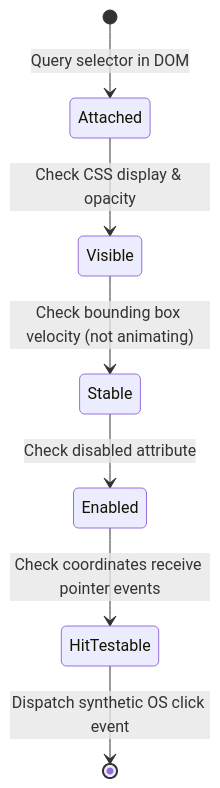
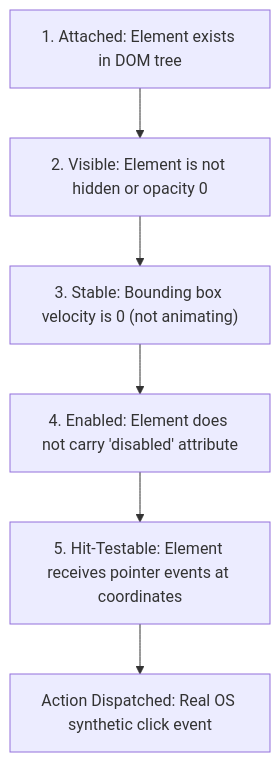
One commit to naimurhasan/naimurhasan.github.io changed the third of 3 diagrams in _posts/2026-10-07-how-playwright-controls-chromium.md. Above: the diagram before and after it, drawn with Mermaid. The commit also changed other lines of this file and 28 other files, not shown here.

Commit message:
fix(blog): refactor all Mermaid diagrams to vertical legible layouts and restore in-body illustrations

````diff
--- a/_posts/2026-10-07-how-playwright-controls-chromium.md
+++ b/_posts/2026-10-07-how-playwright-controls-chromium.md
@@ -101,9 +89,8 @@
 ```mermaid
-stateDiagram-v2
-  [*] --> Attached: Query selector in DOM
-  Attached --> Visible: Check CSS display & opacity
-  Visible --> Stable: Check bounding box velocity (not animating)
-  Stable --> Enabled: Check disabled attribute
-  Enabled --> HitTestable: Check coordinates receive pointer events
-  HitTestable --> [*]: Dispatch synthetic OS click event
+flowchart TD
+  S1["1. Attached: Element exists in DOM tree"] --> S2["2. Visible: Element is not hidden or opacity 0"]
+  S2 --> S3["3. Stable: Bounding box velocity is 0 (not animating)"]
+  S3 --> S4["4. Enabled: Element does not carry 'disabled' attribute"]
+  S4 --> S5["5. Hit-Testable: Element receives pointer events at coordinates"]
+  S5 --> S6["Action Dispatched: Real OS synthetic click event"]
 ```
````
